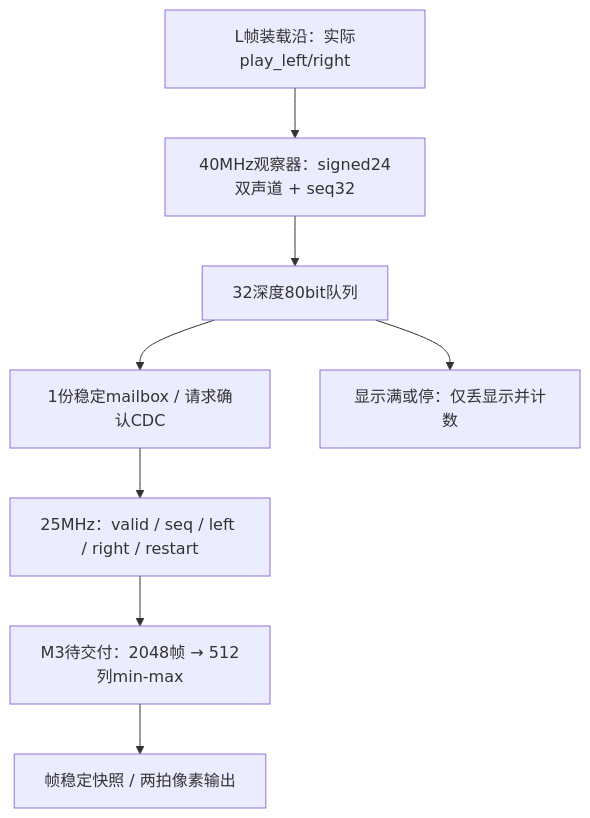
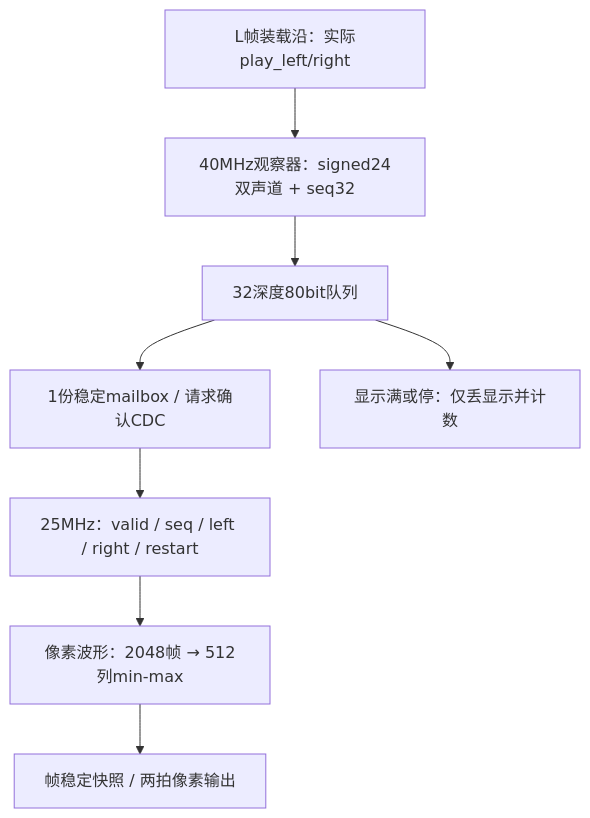
Diagram 35 of 42 in 系统模块总览.md (SunnyHuang888/GaoYunFPGA_local), drawn with Mermaid before and after one commit. The commit also changed other lines of this file and 23 other files, not shown here.

````diff
--- a/系统模块总览.md
+++ b/系统模块总览.md
@@ -3989,10 +4098,10 @@
 ```mermaid
 flowchart TD
  A["L帧装载沿：实际play_left/right"] --> B["40MHz观察器：signed24双声道 + seq32"]
  B --> C["32深度80bit队列"]
  C --> D["1份稳定mailbox / 请求确认CDC"]
  D --> E["25MHz：valid / seq / left / right / restart"]
- E --> F["M3待交付：2048帧 → 512列min-max"]
+ E --> F["像素波形：2048帧 → 512列min-max"]
  F --> G["帧稳定快照 / 两拍像素输出"]
  C --> H["显示满或停：仅丢显示并计数"]
 ```
````
